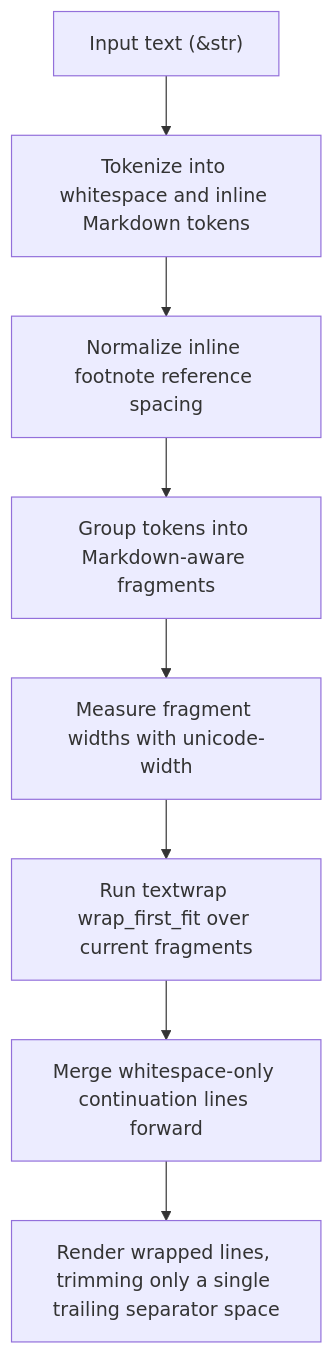
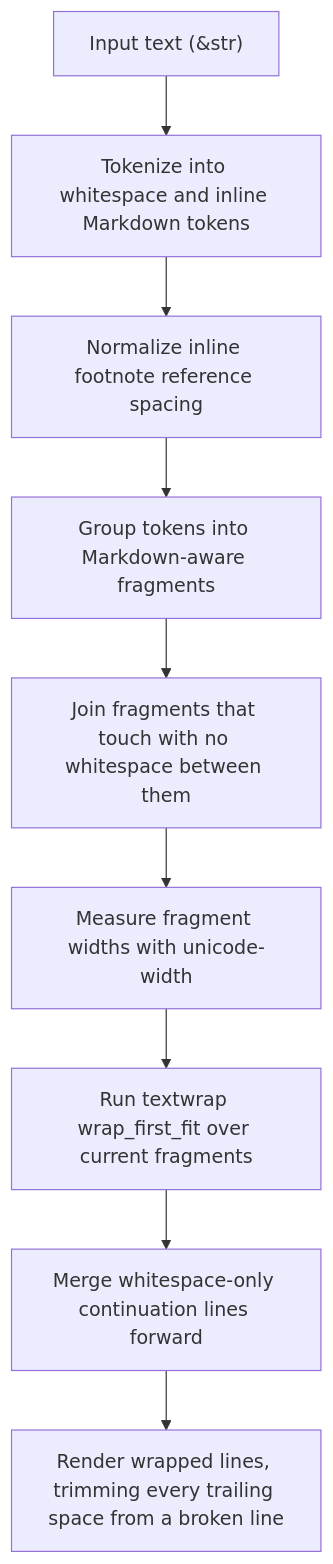
The third of 9 diagrams in docs/architecture.md (leynos/mdtablefix), drawn with Mermaid before and after one commit. The commit also changed other lines of this file and 11 other files, not shown here.

First line of the commit message:
Break wrapped lines only at source whitespace (#561) (#570)

````diff
--- a/docs/architecture.md
+++ b/docs/architecture.md
@@ -623,10 +623,11 @@
 ```mermaid
 flowchart TD
     A["Input text (&str)"] --> B["Tokenize into whitespace and inline Markdown tokens"]
     B --> C["Normalize inline footnote reference spacing"]
     C --> D["Group tokens into Markdown-aware fragments"]
-    D --> E["Measure fragment widths with unicode-width"]
+    D --> J["Join fragments that touch with no whitespace between them"]
+    J --> E["Measure fragment widths with unicode-width"]
     E --> F["Run textwrap wrap_first_fit over current fragments"]
     F --> G["Merge whitespace-only continuation lines forward"]
-    G --> H["Render wrapped lines, trimming only a single trailing separator space"]
+    G --> H["Render wrapped lines, trimming every trailing space from a broken line"]
 ```
````
